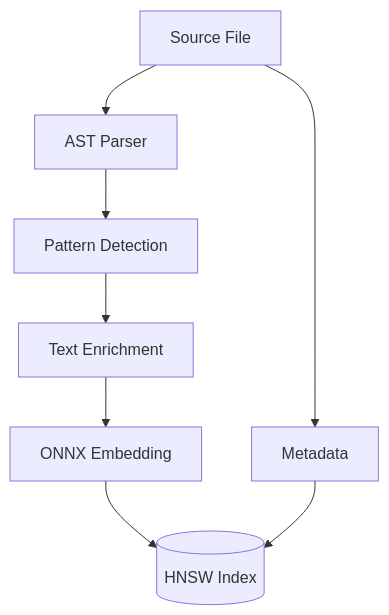
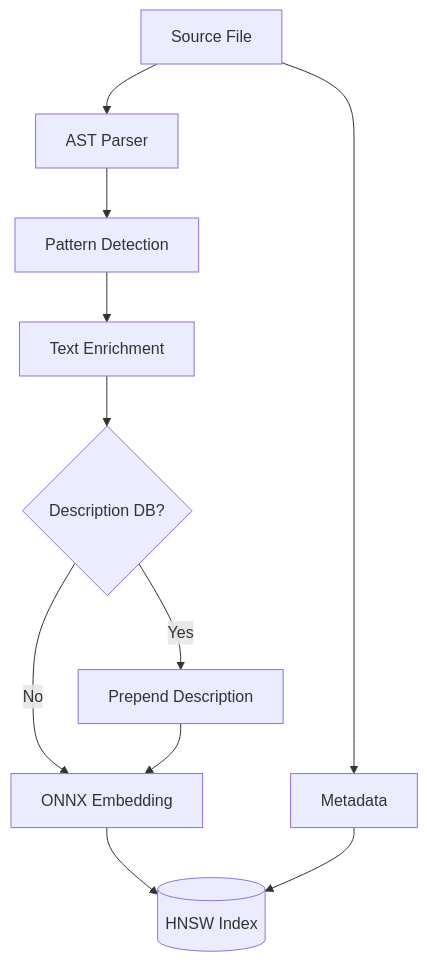
Before and after one commit to krejcif/magector: the second of 11 diagrams in README.md, drawn with Mermaid. The commit also changed other lines of this file and 20 other files, not shown here.

````diff
--- a/README.md
+++ b/README.md
@@ -110,10 +93,13 @@
 ```mermaid
 flowchart TD
   A[Source File] --> B[AST Parser]
   B --> C[Pattern Detection]
   C --> D[Text Enrichment]
-  D --> E[ONNX Embedding]
+  D --> D2{Description DB?}
+  D2 -->|Yes| D3["Prepend Description"]
+  D2 -->|No| E[ONNX Embedding]
+  D3 --> E
   E --> F[(HNSW Index)]
   A --> G[Metadata]
   G --> F
 ```
````
